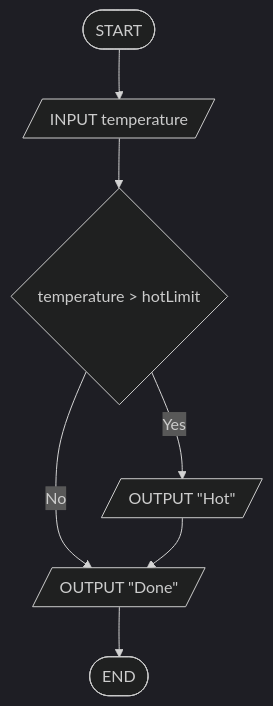
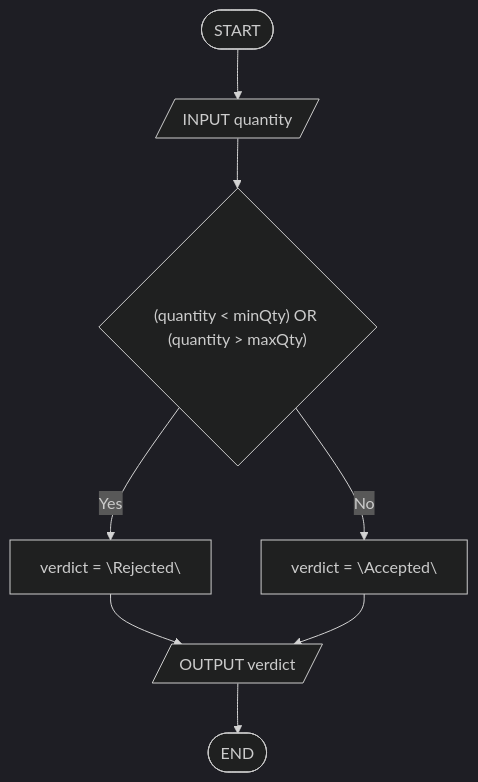
One commit to ISIBrussels/methodo-algo changed the first of 5 diagrams in docs/seances/02/exercices_seance_02.md. Above: the diagram before and after it, drawn with Mermaid (dark theme). The commit also changed other lines of this file and 1 other file, not shown here.

````diff
--- a/docs/seances/02/exercices_seance_02.md
+++ b/docs/seances/02/exercices_seance_02.md
@@ -53,9 +55,10 @@
 ```mermaid
 flowchart TB
-  A([START]) --> B[/INPUT temperature/]
-  B --> C{temperature > hotLimit}
-  C -->|Yes| D[/OUTPUT "Hot"/]
-  C -->|No| E[/OUTPUT "Done"/]
-  D --> E
-  E --> F([END])
+  A([START]) --> B[/INPUT quantity/]
+  B --> C{"(quantity < minQty) OR (quantity > maxQty)"}
+  C -->|Yes| D["verdict = \"Rejected\""]
+  C -->|No| E["verdict = \"Accepted\""]
+  D --> F[/OUTPUT verdict/]
+  E --> F
+  F --> G([END])
 ```
````
